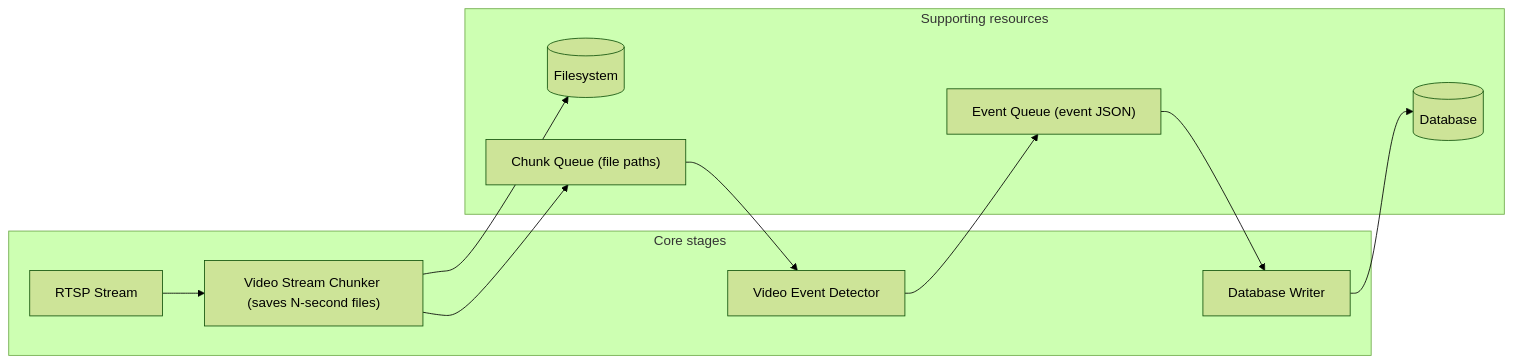
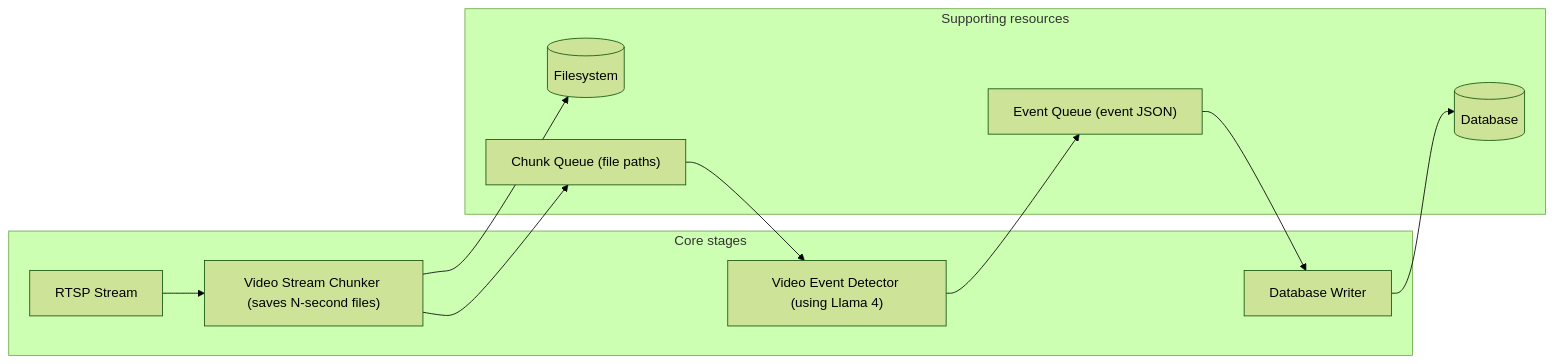
Before and after one commit to torayeff/llamacon-hackathon-2025-sf: the diagram in README.md, drawn with Mermaid (forest theme). The commit also changed other lines of this file and 5 other files, not shown here.

````diff
--- a/README.md
+++ b/README.md
@@ -24,38 +22,38 @@
 ```mermaid
 flowchart LR
   %% ── Core stages ──
   subgraph Core stages
     RTSP["RTSP Stream"]
     Chunker["Video Stream Chunker (saves N-second files)"]
-    Detector["Video Event Detector"]
+    Detector["Video Event Detector (using Llama 4)"]
     DBWriter["Database Writer"]
   end
 
   %% ── Supporting resources ──
   subgraph Supporting resources
     FS[(Filesystem)]
     ChunkQueue["Chunk Queue (file paths)"]
     EventQueue["Event Queue (event JSON)"]
     DB[(Database)]
   end
 
   %% ── Data flow ──
   RTSP --> Chunker
 
   %% writes video files
   Chunker --> FS
 
   %% enqueues file paths
   Chunker --> ChunkQueue
 
   ChunkQueue --> Detector
 
   %% enqueues detected events
   Detector --> EventQueue
 
   EventQueue --> DBWriter
 
   %% persists events
   DBWriter --> DB
 
 ```
````
